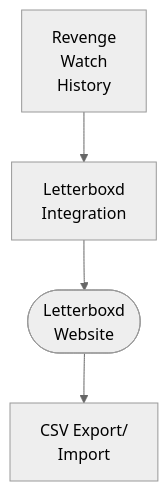
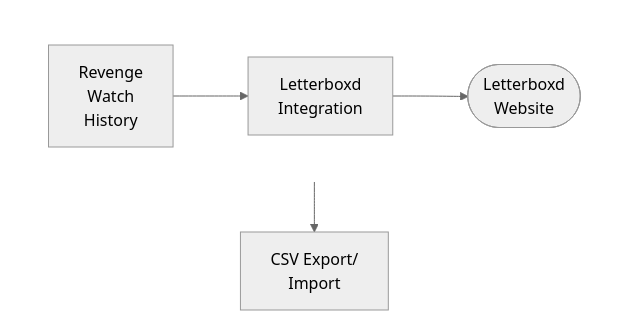
Before and after one commit to lusoris/revenge: the diagram in docs/dev/design/integrations/scrobbling/LETTERBOXD.md, drawn with Mermaid (neutral theme). The commit also changed 210 other files, not shown here.

First line of the commit message:
feat(docs): Add horizontal layout support for Mermaid diagrams

````diff
--- a/docs/dev/design/integrations/scrobbling/LETTERBOXD.md
+++ b/docs/dev/design/integrations/scrobbling/LETTERBOXD.md
@@ -57,10 +57,16 @@
 ```mermaid
 flowchart TD
-    node1["Revenge<br/>Watch<br/>History"]
-    node2["Letterboxd<br/>Integration"]
-    node3(["Letterboxd<br/>Website"])
+    subgraph row1[ ]
+        direction LR
+        node1["Revenge<br/>Watch<br/>History"]
+        node2["Letterboxd<br/>Integration"]
+        node3(["Letterboxd<br/>Website"])
+    end
     node4["CSV Export/<br/>Import"]
     node1 --> node2
     node2 --> node3
     node3 --> node4
+
+    %% Hide row subgraph borders
+    style row1 fill:transparent,stroke:transparent
 ```
````
